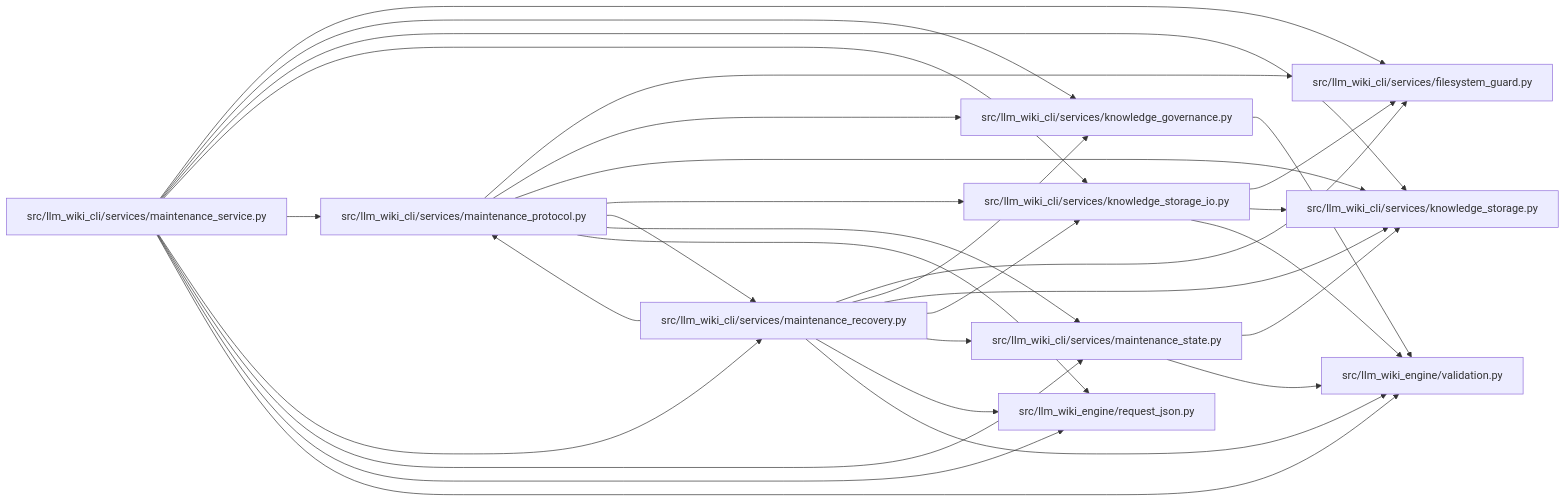
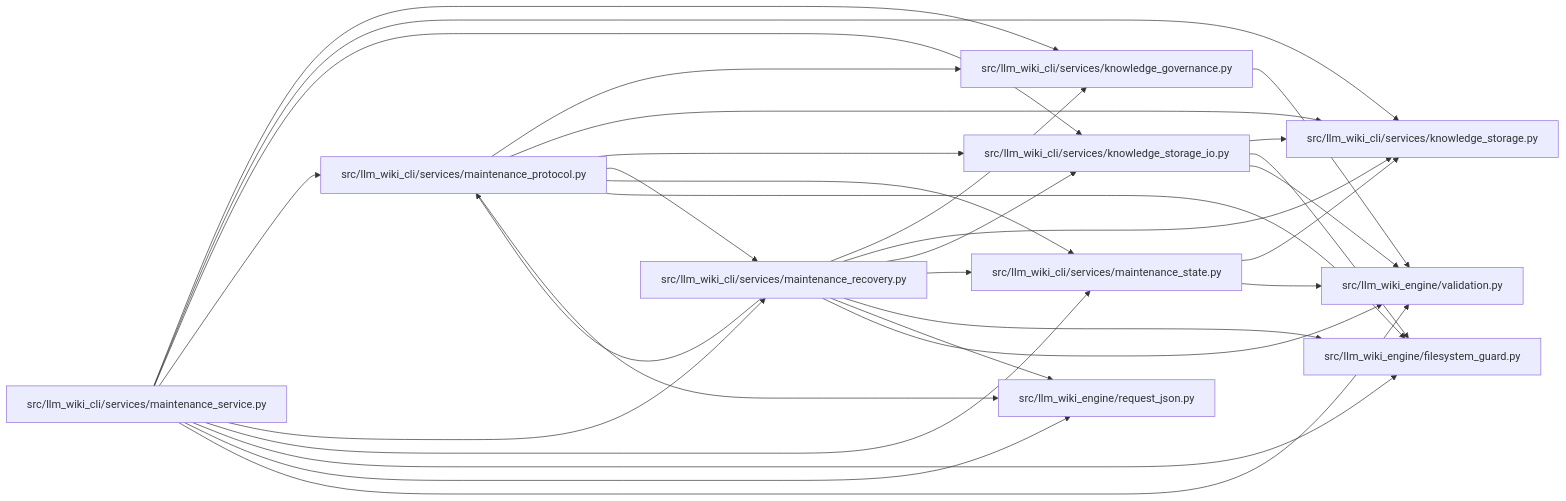
Before and after one commit to Denissvgn/python-wiki-llm: the diagram in docs/llm_wiki/modules/maintenance_recovery.md, drawn with Mermaid. The commit also changed other lines of this file and 739 other files, not shown here.

First line of the commit message:
docs: refresh the wiki for the second engine batch

````diff
--- a/docs/llm_wiki/modules/maintenance_recovery.md
+++ b/docs/llm_wiki/modules/maintenance_recovery.md
@@ -32,53 +32,53 @@
 ```mermaid
 flowchart LR
-    n0["src/llm_wiki_cli/services/filesystem_guard.py"]
-    n1["src/llm_wiki_cli/services/knowledge_governance.py"]
-    n2["src/llm_wiki_cli/services/knowledge_storage.py"]
-    n3["src/llm_wiki_cli/services/knowledge_storage_io.py"]
-    n4["src/llm_wiki_cli/services/maintenance_protocol.py"]
-    n5["src/llm_wiki_cli/services/maintenance_recovery.py"]
-    n6["src/llm_wiki_cli/services/maintenance_service.py"]
-    n7["src/llm_wiki_cli/services/maintenance_state.py"]
+    n0["src/llm_wiki_cli/services/knowledge_governance.py"]
+    n1["src/llm_wiki_cli/services/knowledge_storage.py"]
+    n2["src/llm_wiki_cli/services/knowledge_storage_io.py"]
+    n3["src/llm_wiki_cli/services/maintenance_protocol.py"]
+    n4["src/llm_wiki_cli/services/maintenance_recovery.py"]
+    n5["src/llm_wiki_cli/services/maintenance_service.py"]
+    n6["src/llm_wiki_cli/services/maintenance_state.py"]
+    n7["src/llm_wiki_engine/filesystem_guard.py"]
     n8["src/llm_wiki_engine/request_json.py"]
     n9["src/llm_wiki_engine/validation.py"]
-    n1 --> n9
+    n0 --> n9
+    n2 --> n1
+    n2 --> n7
+    n2 --> n9
     n3 --> n0
+    n3 --> n1
     n3 --> n2
-    n3 --> n9
+    n3 --> n4
+    n3 --> n6
+    n3 --> n7
+    n3 --> n8
     n4 --> n0
     n4 --> n1
     n4 --> n2
     n4 --> n3
-    n4 --> n5
+    n4 --> n6
     n4 --> n7
     n4 --> n8
+    n4 --> n9
     n5 --> n0
     n5 --> n1
     n5 --> n2
     n5 --> n3
     n5 --> n4
+    n5 --> n6
     n5 --> n7
     n5 --> n8
     n5 --> n9
-    n6 --> n0
     n6 --> n1
-    n6 --> n2
-    n6 --> n3
-    n6 --> n4
-    n6 --> n5
-    n6 --> n7
-    n6 --> n8
     n6 --> n9
-    n7 --> n2
-    n7 --> n9
-    click n0 "../modules/filesystem_guard.md"
-    click n1 "../modules/knowledge_governance.md"
-    click n2 "../modules/knowledge_storage.md"
-    click n3 "../modules/knowledge_storage_io.md"
-    click n4 "../modules/maintenance_protocol.md"
-    click n5 "../modules/maintenance_recovery.md"
-    click n6 "../modules/maintenance_service.md"
-    click n7 "../modules/maintenance_state.md"
+    click n0 "../modules/knowledge_governance.md"
+    click n1 "../modules/knowledge_storage.md"
+    click n2 "../modules/knowledge_storage_io.md"
+    click n3 "../modules/maintenance_protocol.md"
+    click n4 "../modules/maintenance_recovery.md"
+    click n5 "../modules/maintenance_service.md"
+    click n6 "../modules/maintenance_state.md"
+    click n7 "../modules/filesystem_guard.md"
     click n8 "../modules/request_json.md"
     click n9 "../modules/validation.md"
 ```
````
